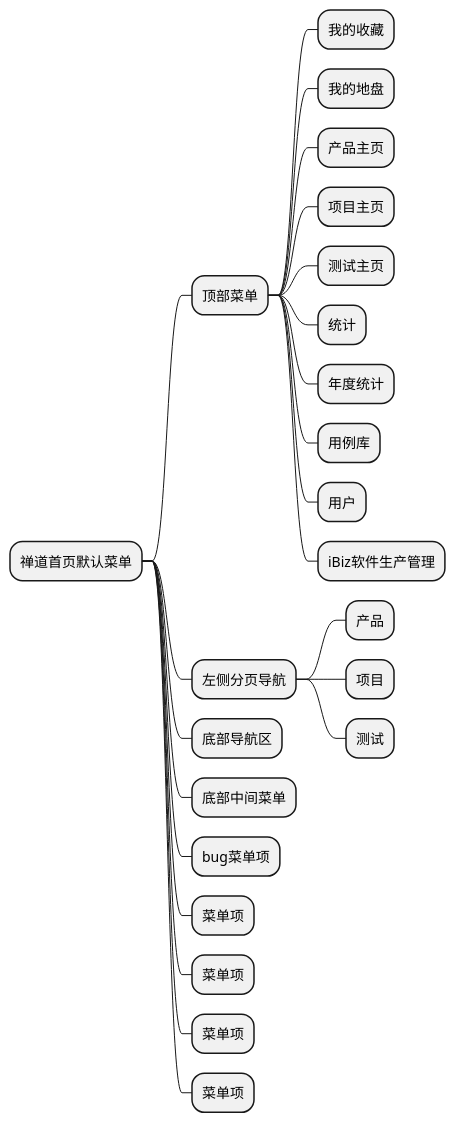
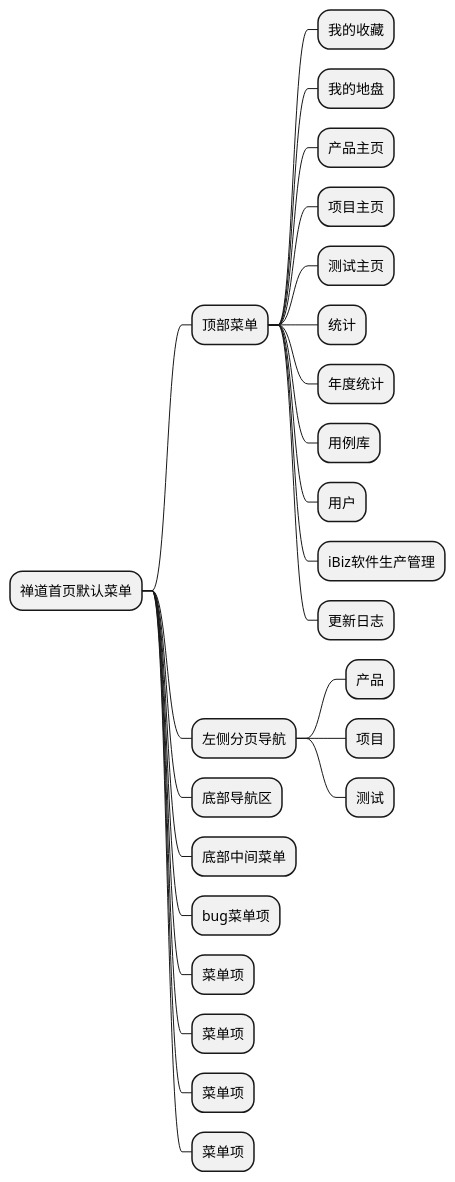
One commit to zj335841911/nt_chandao changed the diagram in ibizpms-docs/src/main/doc/v1/app/web/zentao.md. Above: the diagram before and after it, drawn with PlantUML. The commit also changed other lines of this file and 144 other files, not shown here.

```diff
--- a/ibizpms-docs/src/main/doc/v1/app/web/zentao.md
+++ b/ibizpms-docs/src/main/doc/v1/app/web/zentao.md
@@ -5,27 +5,28 @@
 {% plantuml %}
 @startmindmap
 * 禅道首页默认菜单
 ** 顶部菜单
 *** 我的收藏
 *** 我的地盘
 *** 产品主页
 *** 项目主页
 *** 测试主页
 *** 统计
 *** 年度统计
 *** 用例库
 *** 用户
 *** iBiz软件生产管理
+*** 更新日志
 ** 左侧分页导航
 *** 产品
 *** 项目
 *** 测试
 ** 底部导航区
 ** 底部中间菜单
 ** bug菜单项
 ** 菜单项
 ** 菜单项
 ** 菜单项
 ** 菜单项
 @endmindmap
 {% endplantuml %}
```
